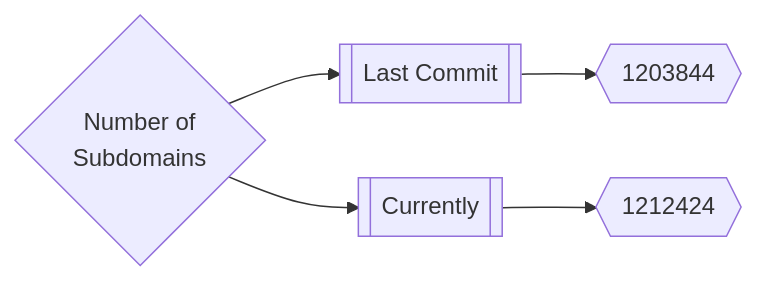
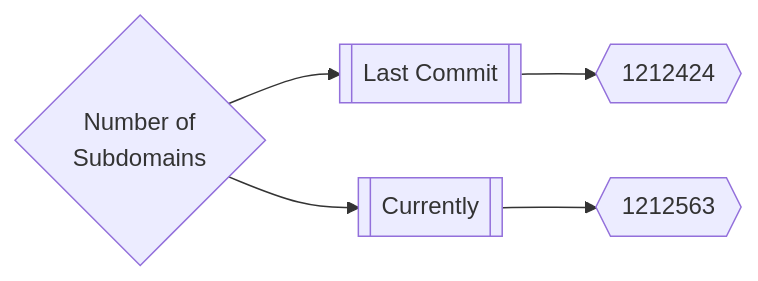
One commit to trickest/inventory changed the first of 3 diagrams in README.md. Above: the diagram before and after it, drawn with Mermaid. The commit also changed other lines of this file and 10 other files, not shown here.

````diff
--- a/README.md
+++ b/README.md
@@ -165,5 +165,5 @@
 ```mermaid
 graph LR
-title{Number of<br>Subdomains} --> subdomainsDate1[[Last Commit]] --> subdomainsNum1{{1203844}}
-title --> subdomainsDate2[[Currently]] --> subdomainsNum2{{1212424}}
+title{Number of<br>Subdomains} --> subdomainsDate1[[Last Commit]] --> subdomainsNum1{{1212424}}
+title --> subdomainsDate2[[Currently]] --> subdomainsNum2{{1212563}}
 ```
````
